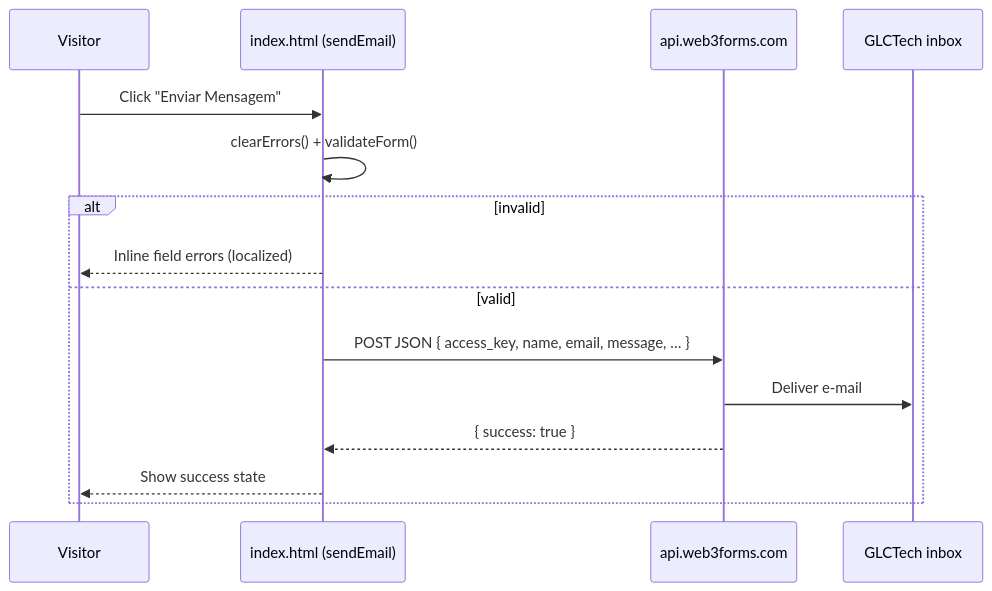
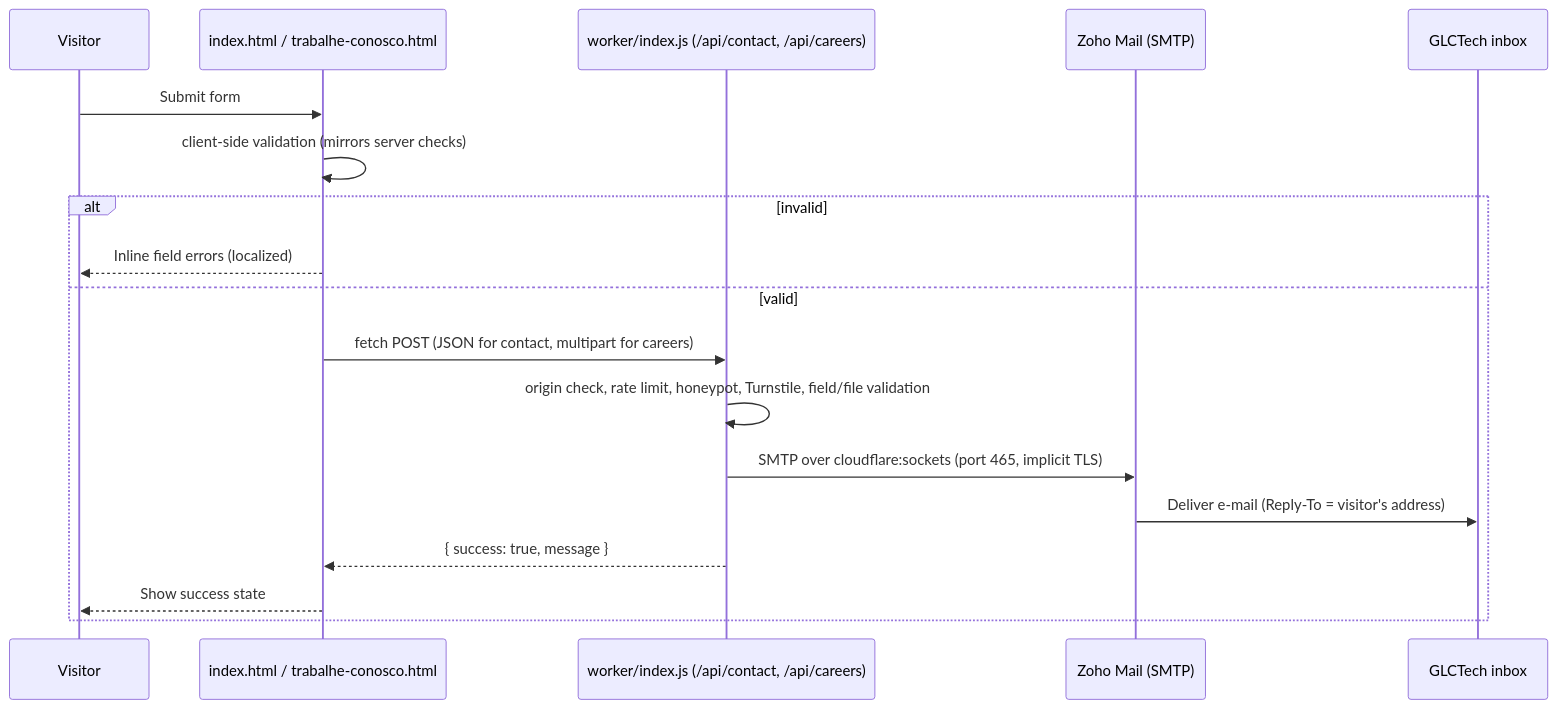
Before and after one commit to andrelcezar/glctech: the second of 5 diagrams in docs/ARCHITECTURE.md, drawn with Mermaid. The commit also changed other lines of this file and 32 other files, not shown here.

````diff
--- a/docs/ARCHITECTURE.md
+++ b/docs/ARCHITECTURE.md
@@ -194,17 +201,20 @@
 ```mermaid
 sequenceDiagram
     participant U as Visitor
-    participant P as index.html (sendEmail)
-    participant W as api.web3forms.com
+    participant P as index.html / trabalhe-conosco.html
+    participant WK as worker/index.js (/api/contact, /api/careers)
+    participant Z as Zoho Mail (SMTP)
     participant M as GLCTech inbox
-    U->>P: Click "Enviar Mensagem"
-    P->>P: clearErrors() + validateForm()
+    U->>P: Submit form
+    P->>P: client-side validation (mirrors server checks)
     alt invalid
         P-->>U: Inline field errors (localized)
     else valid
-        P->>W: POST JSON { access_key, name, email, message, … }
-        W->>M: Deliver e-mail
-        W-->>P: { success: true }
+        P->>WK: fetch POST (JSON for contact, multipart for careers)
+        WK->>WK: origin check, rate limit, honeypot, Turnstile, field/file validation
+        WK->>Z: SMTP over cloudflare:sockets (port 465, implicit TLS)
+        Z->>M: Deliver e-mail (Reply-To = visitor's address)
+        WK-->>P: { success: true, message }
         P-->>U: Show success state
     end
 ```
````
